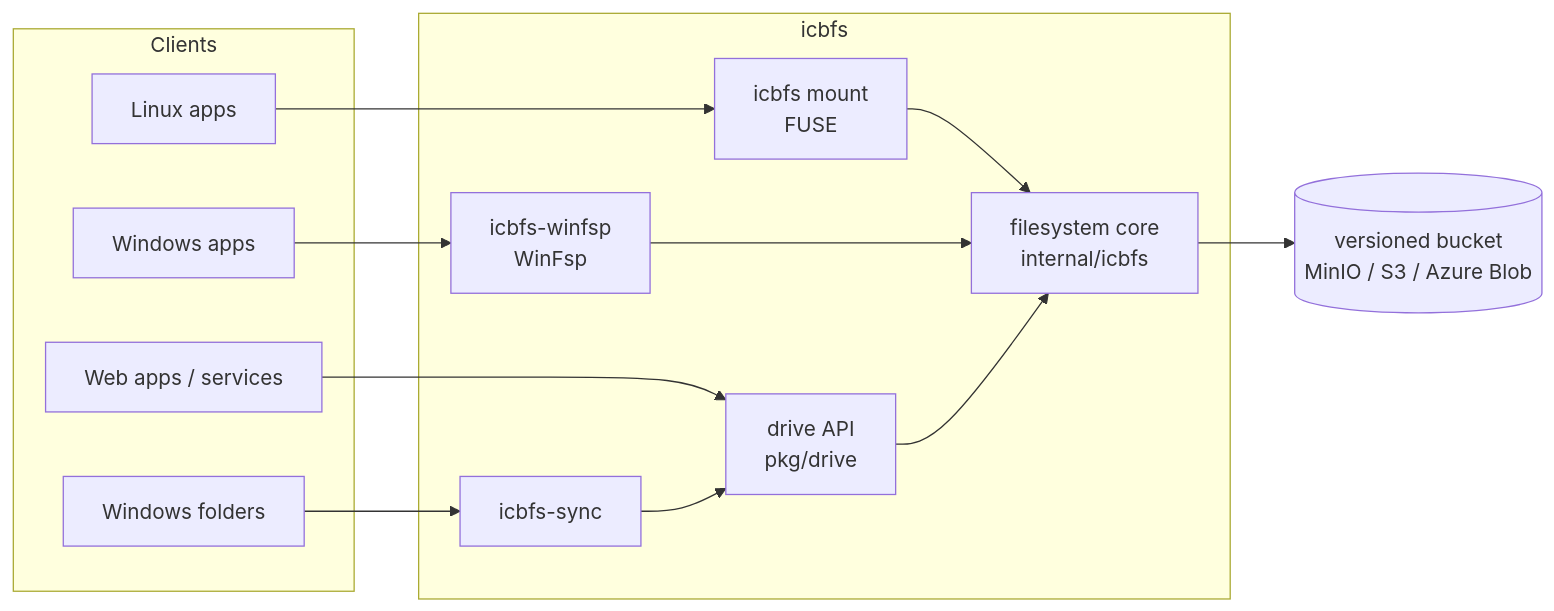
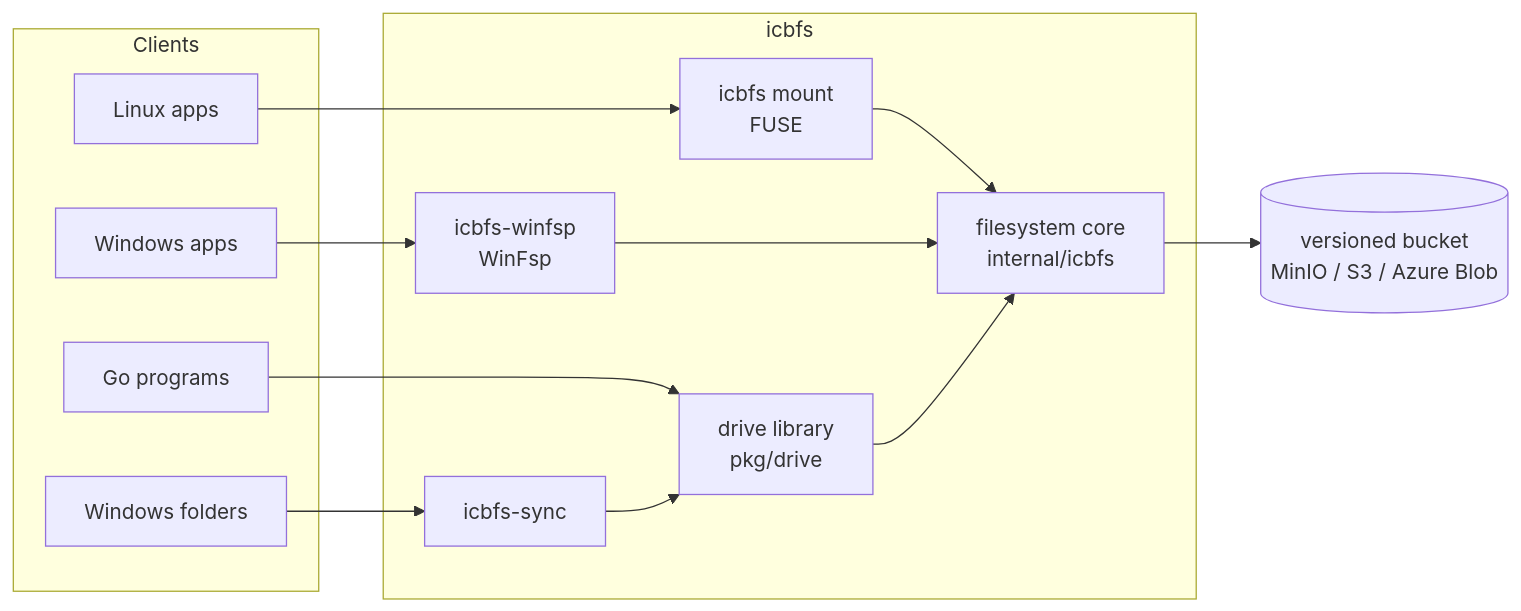
One commit to resurgentech/icbfs changed the diagram in README.md. Above: the diagram before and after it, drawn with Mermaid. The commit also changed other lines of this file and 32 other files, not shown here.

First line of the commit message:
The daemon chain and the HTTP drive API leave the public module

````diff
--- a/README.md
+++ b/README.md
@@ -36,22 +36,22 @@
 ```mermaid
 flowchart LR
   subgraph Clients
     L["Linux apps"]
     W["Windows apps"]
-    H["Web apps / services"]
+    H["Go programs"]
     F["Windows folders"]
   end
   subgraph icbfs
     FUSE["icbfs mount<br/>FUSE"]
     WFS["icbfs-winfsp<br/>WinFsp"]
-    API["drive API<br/>pkg/drive"]
+    API["drive library<br/>pkg/drive"]
     SYNC["icbfs-sync"]
     CORE["filesystem core<br/>internal/icbfs"]
   end
   S3[("versioned bucket<br/>MinIO / S3 / Azure Blob")]
   L --> FUSE --> CORE
   W --> WFS --> CORE
   H --> API --> CORE
   F --> SYNC --> API
   CORE --> S3
 ```
````
